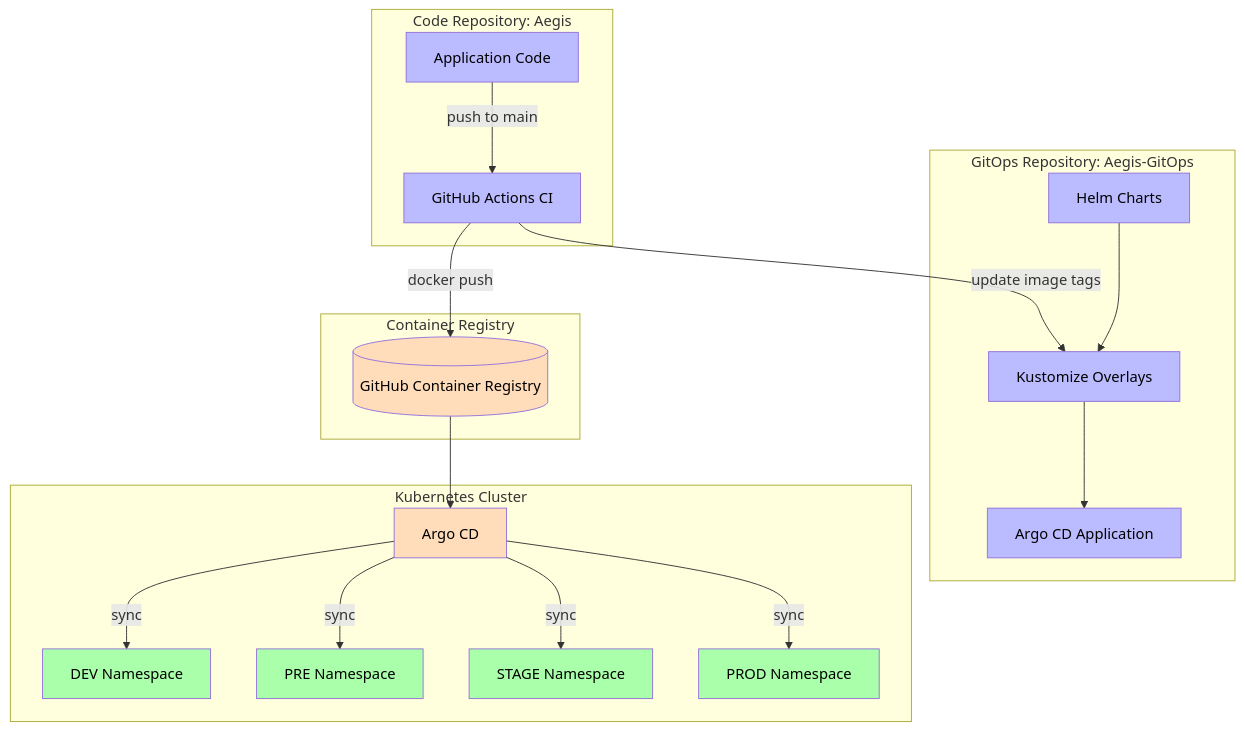
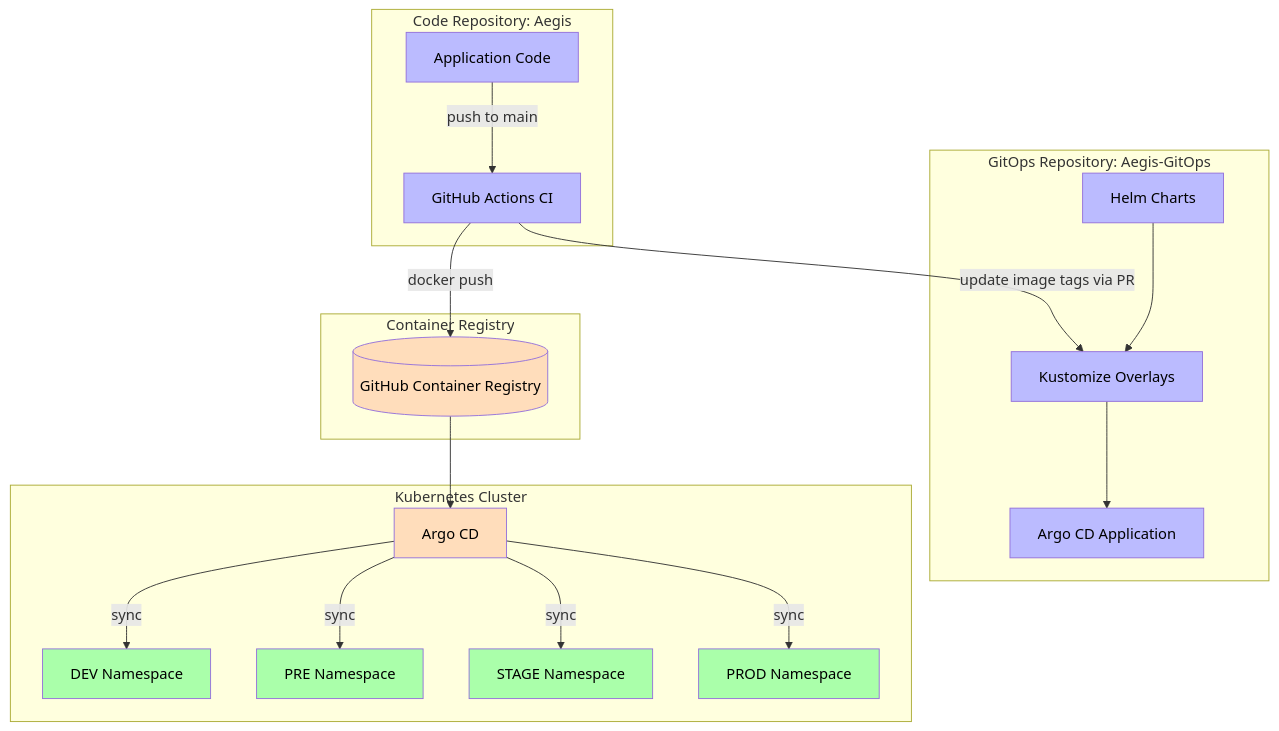
One commit to AlexAlvarezGallardo-GitHub/Aegis-GitOps changed the first of 4 diagrams in README.md. Above: the diagram before and after it, drawn with Mermaid. The commit also changed other lines of this file and 7 other files, not shown here.

````diff
--- a/README.md
+++ b/README.md
@@ -7,48 +51,48 @@
 ```mermaid
 graph TB
     subgraph AppRepo[Code Repository: Aegis]
         AppCode[Application Code]
         CI[GitHub Actions CI]
     end
 
     subgraph Registry[Container Registry]
         GHCR[(GitHub Container Registry)]
     end
 
     subgraph GitOpsRepo[GitOps Repository: Aegis-GitOps]
         Charts[Helm Charts]
         Overlays[Kustomize Overlays]
         ArgoApp[Argo CD Application]
     end
 
     subgraph Cluster[Kubernetes Cluster]
         ArgoCD[Argo CD]
         DEV[DEV Namespace]
         PRE[PRE Namespace]
         STAGE[STAGE Namespace]
         PROD[PROD Namespace]
     end
 
     AppCode -->|push to main| CI
     CI -->|docker push| GHCR
-    CI -->|update image tags| Overlays
+    CI -->|update image tags via PR| Overlays
     GHCR --> ArgoCD
     Charts --> Overlays
     Overlays --> ArgoApp
     ArgoCD -->|sync| DEV
     ArgoCD -->|sync| PRE
     ArgoCD -->|sync| STAGE
     ArgoCD -->|sync| PROD
 
     style AppCode fill:#bbf,color:#000
     style CI fill:#bbf,color:#000
     style GHCR fill:#fdb,color:#000
     style Charts fill:#bbf,color:#000
     style Overlays fill:#bbf,color:#000
     style ArgoApp fill:#bbf,color:#000
     style ArgoCD fill:#fdb,color:#000
     style DEV fill:#afa,color:#000
     style PRE fill:#afa,color:#000
     style STAGE fill:#afa,color:#000
     style PROD fill:#afa,color:#000
 ```
````
